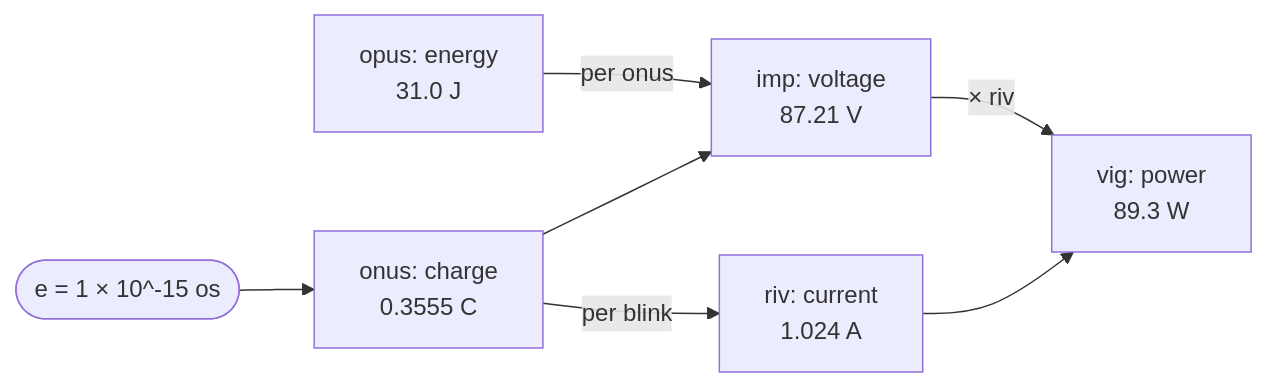
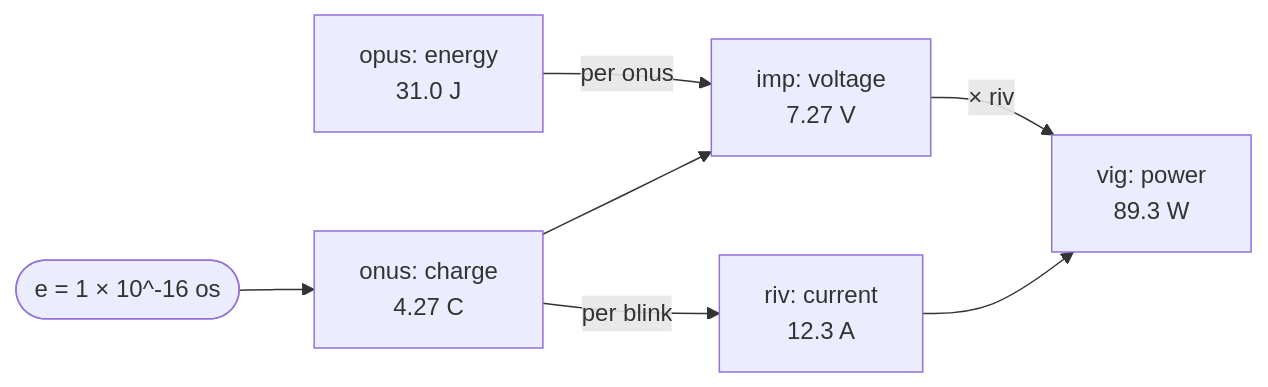
Before and after one commit to rdmarsh/paludal: the fourth of 4 diagrams in ideas.md, drawn with Mermaid. The commit also changed other lines of this file and 1 other file, not shown here.

First line of the commit message:
Electrical e = 1 × 10^-16 (imp 7.27 V, riv 12.3 A); Advantage for every decision

````diff
--- a/ideas.md
+++ b/ideas.md
@@ -687,9 +816,9 @@
 ```mermaid
 flowchart LR
-  e(["e = 1 × 10^-15 os"]) --> os["onus: charge<br>0.3555 C"]
-  os -->|"per blink"| ri["riv: current<br>1.024 A"]
-  op["opus: energy<br>31.0 J"] -->|"per onus"| im["imp: voltage<br>87.21 V"]
+  e(["e = 1 × 10^-16 os"]) --> os["onus: charge<br>4.27 C"]
+  os -->|"per blink"| ri["riv: current<br>12.3 A"]
+  op["opus: energy<br>31.0 J"] -->|"per onus"| im["imp: voltage<br>7.27 V"]
   os --> im
   im -->|"× riv"| vg["vig: power<br>89.3 W"]
   ri --> vg
 ```
````
